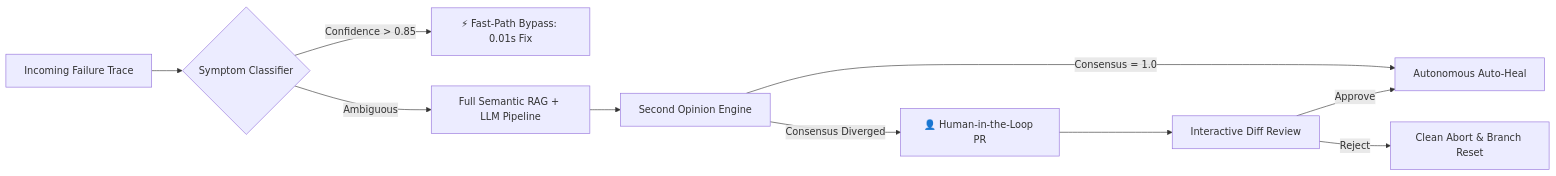
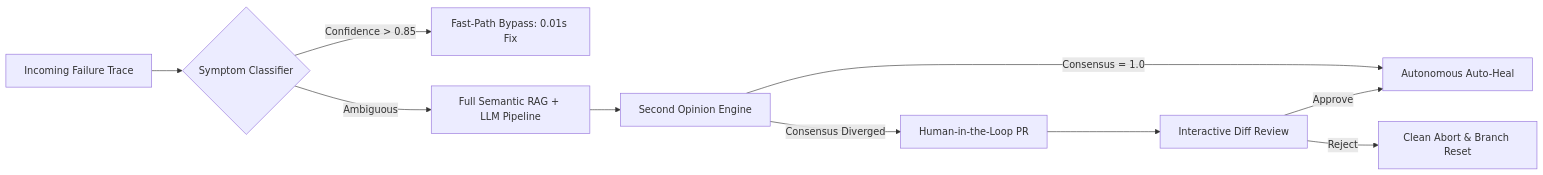
Before and after one commit to andrijajovanovic98/inception-of-wisdom: the second of 2 diagrams in README.md, drawn with Mermaid. The commit also changed other lines of this file, not shown here.

````diff
--- a/README.md
+++ b/README.md
@@ -175,12 +175,12 @@
 ```mermaid
 graph LR
     A[Incoming Failure Trace] --> B{Symptom Classifier}
-    B -->|Confidence > 0.85| C[⚡ Fast-Path Bypass: 0.01s Fix]
+    B -->|Confidence > 0.85| C[Fast-Path Bypass: 0.01s Fix]
     B -->|Ambiguous| D[Full Semantic RAG + LLM Pipeline]
     D --> E[Second Opinion Engine]
     E -->|Consensus = 1.0| F[Autonomous Auto-Heal]
-    E -->|Consensus Diverged| G[👤 Human-in-the-Loop PR]
+    E -->|Consensus Diverged| G[Human-in-the-Loop PR]
     G --> H[Interactive Diff Review]
     H -->|Approve| F
     H -->|Reject| I[Clean Abort & Branch Reset]
 ```
````
